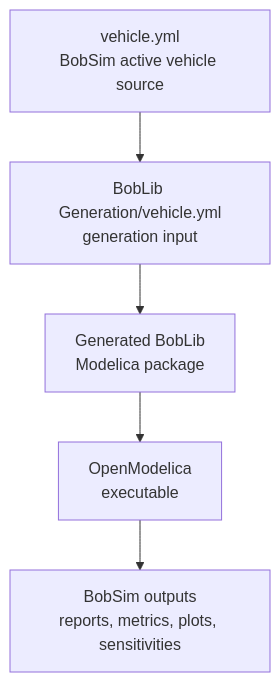
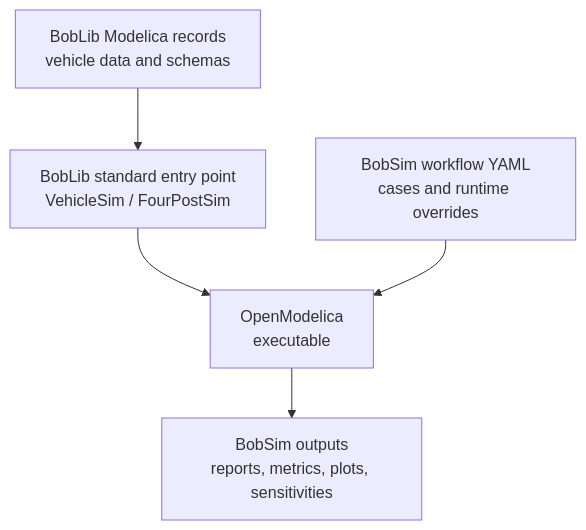
The diagram in docs/bobsim/index.md (BobDyn/BobDocs), drawn with Mermaid before and after one commit. The commit also changed other lines of this file and 20 other files, not shown here.

Commit message:
Update BobLib integration docs

````diff
--- a/docs/bobsim/index.md
+++ b/docs/bobsim/index.md
@@ -36,13 +37,13 @@
 ```mermaid
 flowchart TB
-    vehicle["vehicle.yml<br/>BobSim active vehicle source"]
-    copy["BobLib Generation/vehicle.yml<br/>generation input"]
-    modelica["Generated BobLib<br/>Modelica package"]
+    records["BobLib Modelica records<br/>vehicle data and schemas"]
+    entry["BobLib standard entry point<br/>VehicleSim / FourPostSim"]
     executable["OpenModelica<br/>executable"]
+    workflow["BobSim workflow YAML<br/>cases and runtime overrides"]
     outputs["BobSim outputs<br/>reports, metrics, plots, sensitivities"]
 
-    vehicle --> copy
-    copy --> modelica
-    modelica --> executable
+    records --> entry
+    entry --> executable
+    workflow --> executable
     executable --> outputs
 ```
````
